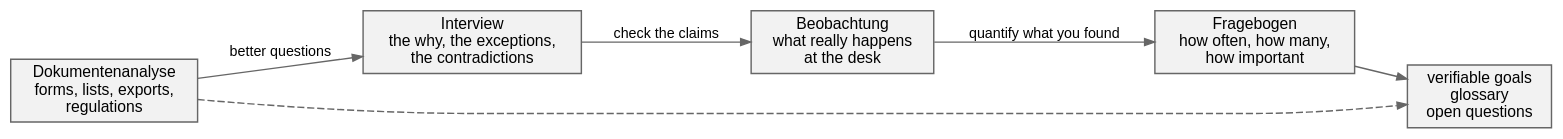
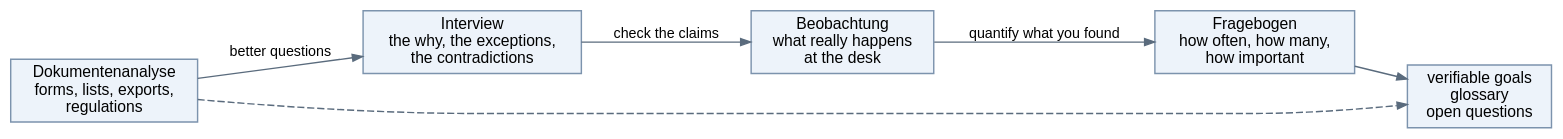
One commit to htl-leonding-college/curriculum-syp3 changed the diagram in modules/governance-requirements-elicitation/index.adoc. Above: the diagram before and after it, drawn with Graphviz. The commit also changed 65 other files, not shown here.

First line of the commit message:
feat(site): give the diagrams a semantic pastel palette

```diff
--- a/modules/governance-requirements-elicitation/index.adoc
+++ b/modules/governance-requirements-elicitation/index.adoc
@@ -67,22 +67,22 @@
 [graphviz,elicitation-order,svg]
 ----
 digraph order {
   rankdir=LR;
   bgcolor="transparent";
-  node [shape=box, style=filled, fillcolor="#f2f2f2", color="#666666",
+  node [shape=box, style=filled, fillcolor="#EDF3FA", color="#7C93AD",
         fontname="Helvetica", fontsize=11];
-  edge [color="#666666", arrowsize=0.7, fontname="Helvetica", fontsize=10];
+  edge [color="#5A6B7D", arrowsize=0.7, fontname="Helvetica", fontsize=10];
 
   D [label="Dokumentenanalyse\nforms, lists, exports,\nregulations"];
   I [label="Interview\nthe why, the exceptions,\nthe contradictions"];
   B [label="Beobachtung\nwhat really happens\nat the desk"];
   F [label="Fragebogen\nhow often, how many,\nhow important"];
   G [label="verifiable goals\nglossary\nopen questions"];
 
   D -> I [label="better questions"];
   I -> B [label="check the claims"];
   B -> F [label="quantify what you found"];
   F -> G;
   D -> G [style=dashed];
 }
 ----
```
